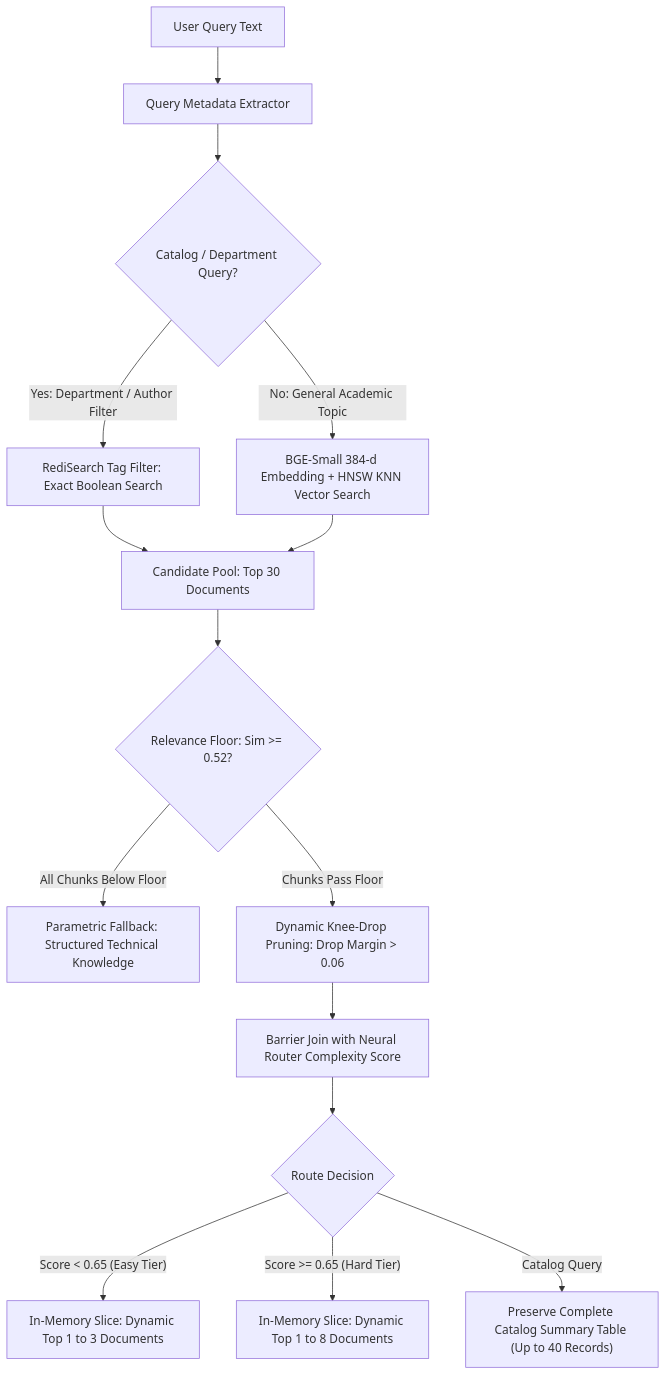
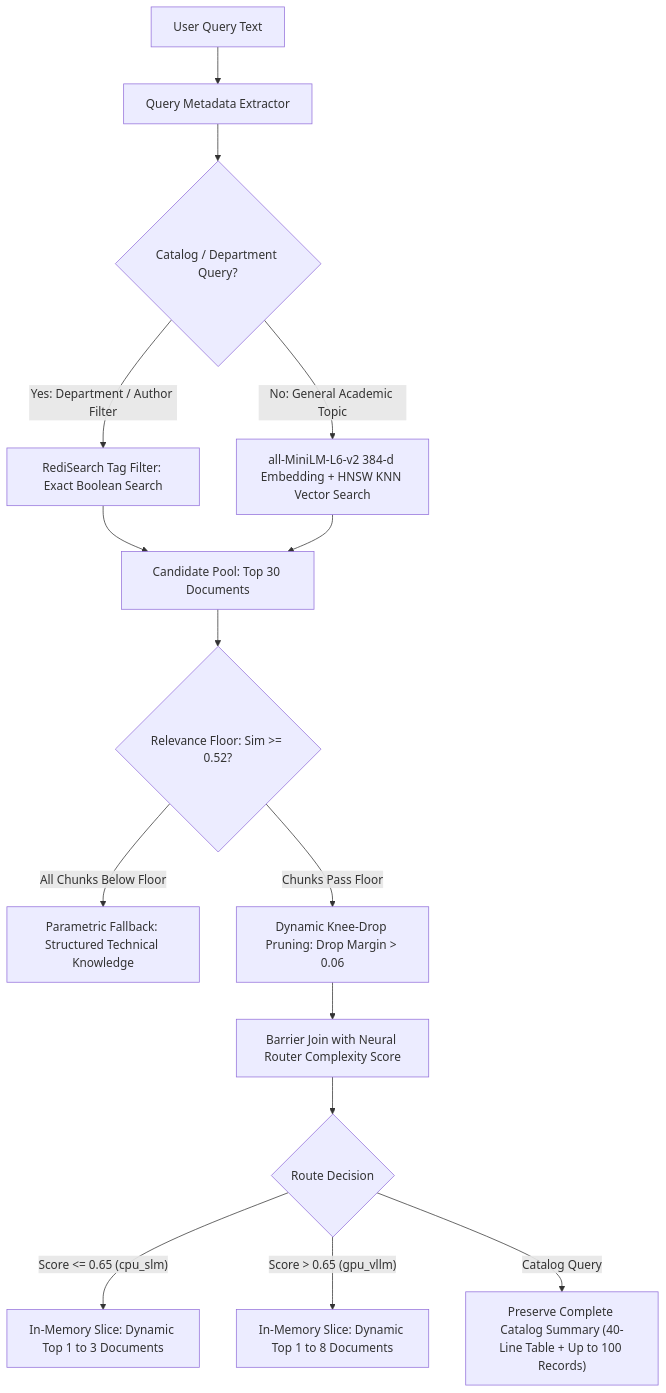
The fourth of 4 diagrams in COMPLETE_SYSTEM_DOCUMENTATION.md (rutujmanware/Onprem-RAG-gateway), drawn with Mermaid before and after one commit. The commit also changed other lines of this file, not shown here.

````diff
--- a/COMPLETE_SYSTEM_DOCUMENTATION.md
+++ b/COMPLETE_SYSTEM_DOCUMENTATION.md
@@ -215,17 +223,17 @@
 ```mermaid
 flowchart TD
     Q["User Query Text"] --> Extractor["Query Metadata Extractor"]
     Extractor --> CheckCatalog{"Catalog / Department Query?"}
     CheckCatalog -->|"Yes: Department / Author Filter"| RediSearch["RediSearch Tag Filter: Exact Boolean Search"]
-    CheckCatalog -->|"No: General Academic Topic"| DenseKNN["BGE-Small 384-d Embedding + HNSW KNN Vector Search"]
+    CheckCatalog -->|"No: General Academic Topic"| DenseKNN["all-MiniLM-L6-v2 384-d Embedding + HNSW KNN Vector Search"]
     RediSearch --> Pool["Candidate Pool: Top 30 Documents"]
     DenseKNN --> Pool
     Pool --> FloorCheck{"Relevance Floor: Sim >= 0.52?"}
     FloorCheck -->|"All Chunks Below Floor"| Fallback["Parametric Fallback: Structured Technical Knowledge"]
     FloorCheck -->|"Chunks Pass Floor"| KneeDrop["Dynamic Knee-Drop Pruning: Drop Margin > 0.06"]
     KneeDrop --> JoinSync["Barrier Join with Neural Router Complexity Score"]
     JoinSync --> TierCheck{"Route Decision"}
-    TierCheck -->|"Score < 0.65 (Easy Tier)"| Cap3["In-Memory Slice: Dynamic Top 1 to 3 Documents"]
-    TierCheck -->|"Score >= 0.65 (Hard Tier)"| Cap8["In-Memory Slice: Dynamic Top 1 to 8 Documents"]
-    TierCheck -->|"Catalog Query"| CatalogPreserve["Preserve Complete Catalog Summary Table (Up to 40 Records)"]
+    TierCheck -->|"Score <= 0.65 (cpu_slm)"| Cap3["In-Memory Slice: Dynamic Top 1 to 3 Documents"]
+    TierCheck -->|"Score > 0.65 (gpu_vllm)"| Cap8["In-Memory Slice: Dynamic Top 1 to 8 Documents"]
+    TierCheck -->|"Catalog Query"| CatalogPreserve["Preserve Complete Catalog Summary (40-Line Table + Up to 100 Records)"]
 ```
````
